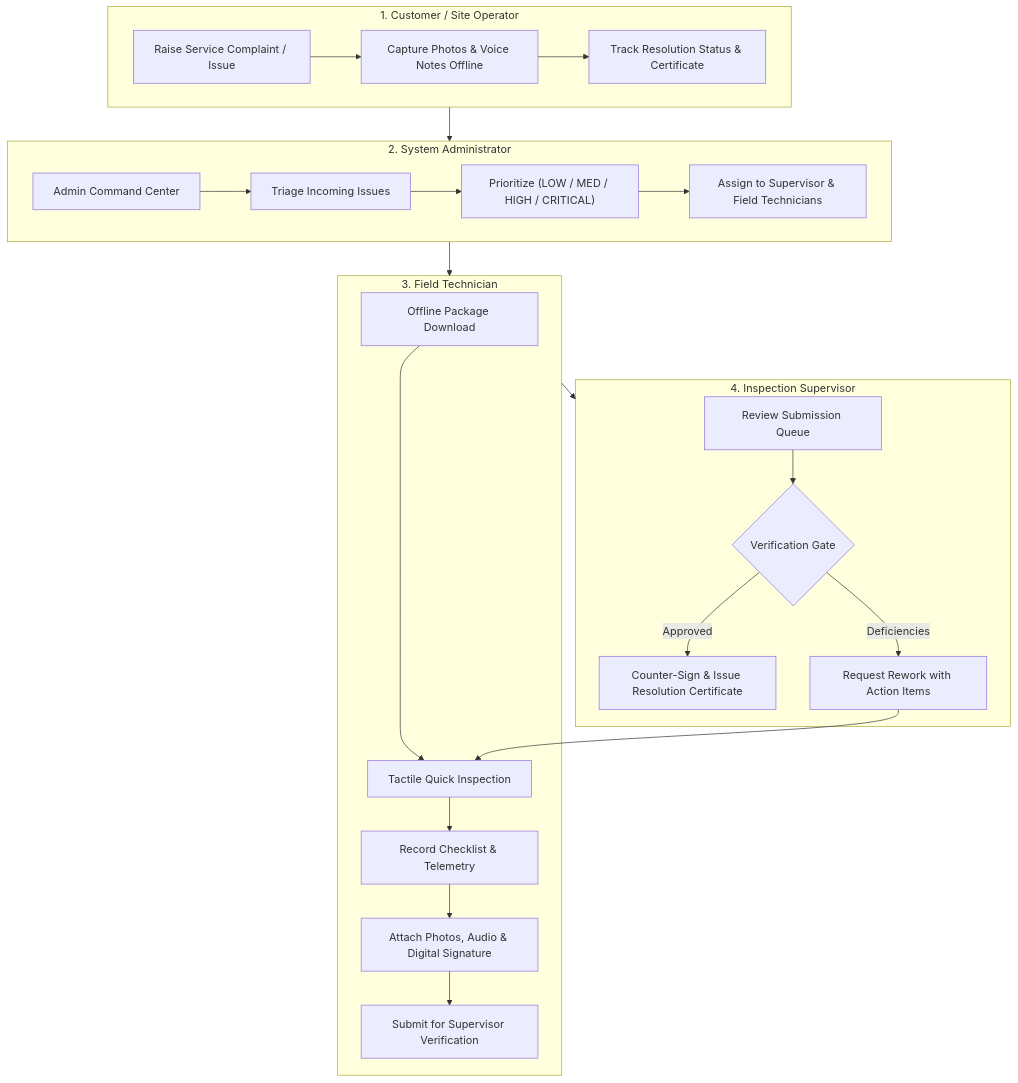
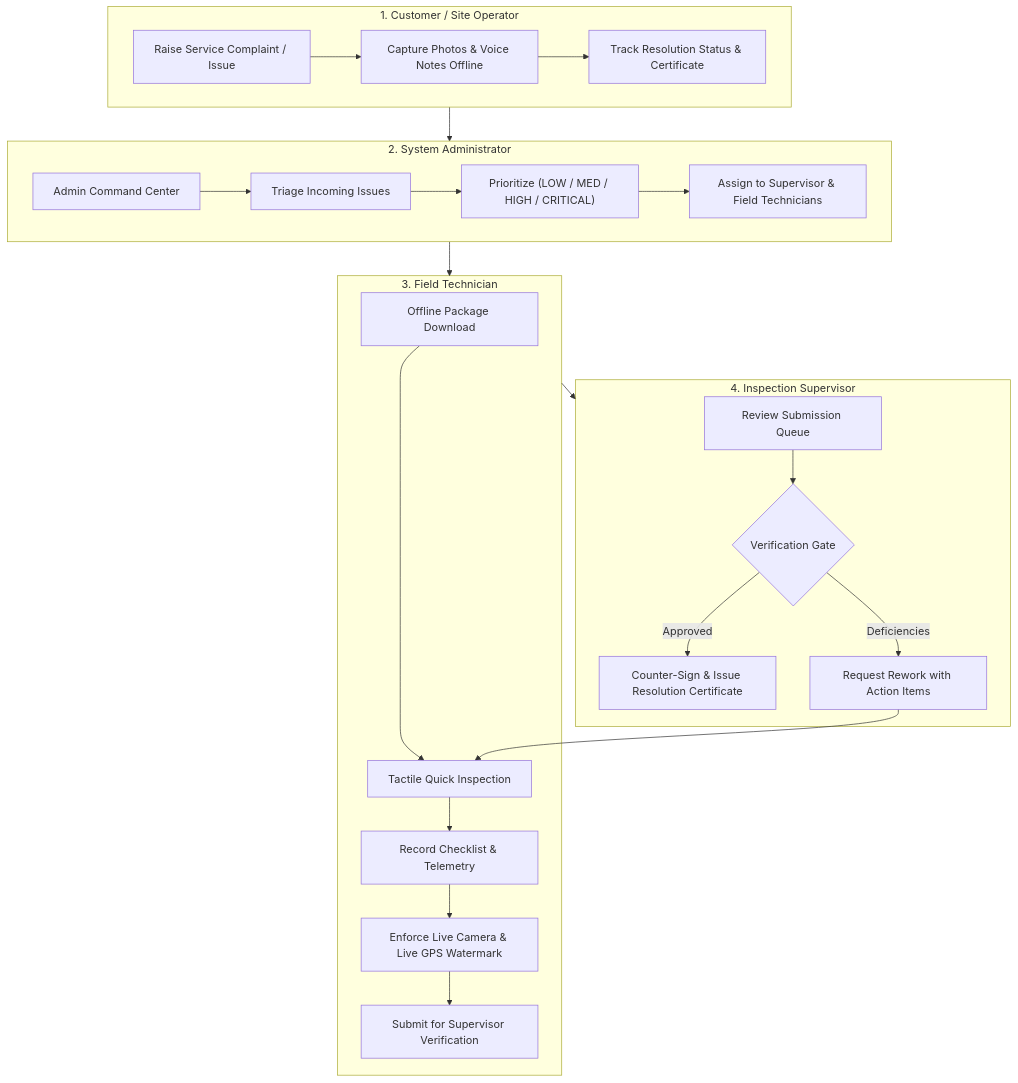
Before and after one commit to mailanupuda/fieldsync: the first of 2 diagrams in README.md, drawn with Mermaid. The commit also changed other lines of this file, not shown here.

Commit message:
docs: comprehensive update to README.md covering live camera GPS anti-fraud, Supabase RLS sync, UI enhancements, and full 37-test suite

````diff
--- a/README.md
+++ b/README.md
@@ -38,29 +39,29 @@
 ```mermaid
 graph TD
     subgraph Customer ["1. Customer / Site Operator"]
         C1["Raise Service Complaint / Issue"] --> C2["Capture Photos & Voice Notes Offline"]
         C2 --> C3["Track Resolution Status & Certificate"]
     end
 
     subgraph Admin ["2. System Administrator"]
         A1["Admin Command Center"] --> A2["Triage Incoming Issues"]
         A2 --> A3["Prioritize (LOW / MED / HIGH / CRITICAL)"]
         A3 --> A4["Assign to Supervisor & Field Technicians"]
     end
 
     subgraph Technician ["3. Field Technician"]
         T1["Offline Package Download"] --> T2["Tactile Quick Inspection"]
         T2 --> T3["Record Checklist & Telemetry"]
-        T3 --> T4["Attach Photos, Audio & Digital Signature"]
+        T3 --> T4["Enforce Live Camera & Live GPS Watermark"]
         T4 --> T5["Submit for Supervisor Verification"]
     end
 
     subgraph Supervisor ["4. Inspection Supervisor"]
         S1["Review Submission Queue"] --> S2{"Verification Gate"}
         S2 -- Approved --> S3["Counter-Sign & Issue Resolution Certificate"]
         S2 -- Deficiencies --> S4["Request Rework with Action Items"]
         S4 --> T2
     end
 
     Customer --> Admin --> Technician --> Supervisor
 ```
````
